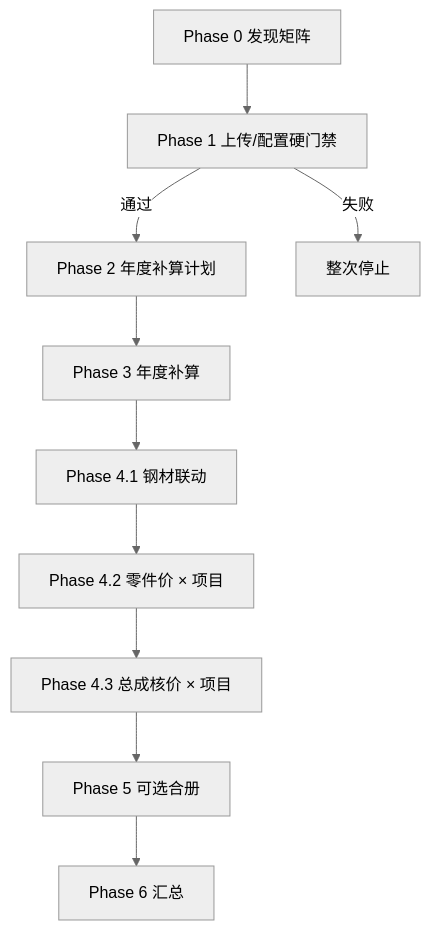
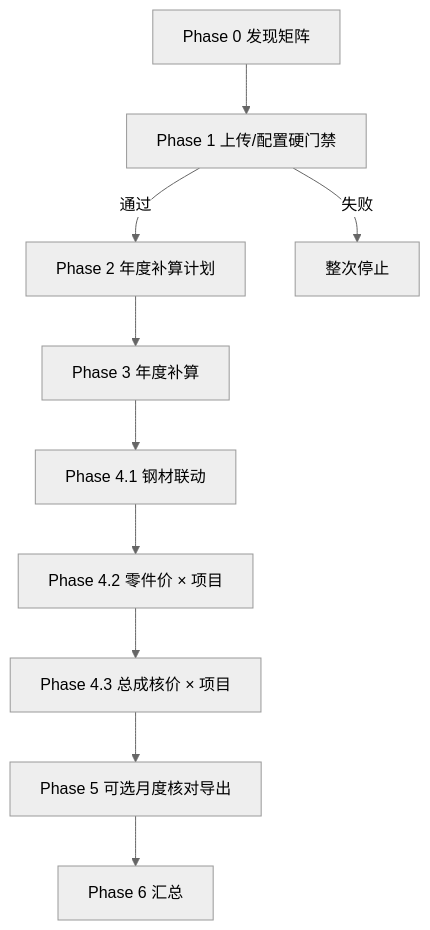
One commit to pulinzhang/structure-costing-platform changed the diagram in docs/costing/costing-engine-design.md. Above: the diagram before and after it, drawn with Mermaid (neutral theme). The commit also changed other lines of this file and 193 other files, not shown here.

````diff
--- a/docs/costing/costing-engine-design.md
+++ b/docs/costing/costing-engine-design.md
@@ -233,16 +235,16 @@
 ```mermaid
 flowchart TB
     P0[Phase 0 发现矩阵]
     P1[Phase 1 上传/配置硬门禁]
     P2[Phase 2 年度补算计划]
     P3[Phase 3 年度补算]
     P4a[Phase 4.1 钢材联动]
     P4b[Phase 4.2 零件价 × 项目]
     P4c[Phase 4.3 总成核价 × 项目]
-    P5[Phase 5 可选合册]
+    P5[Phase 5 可选月度核对导出]
     P6[Phase 6 汇总]
 
     P0 --> P1
     P1 -->|失败| STOP[整次停止]
     P1 -->|通过| P2 --> P3 --> P4a --> P4b --> P4c --> P5 --> P6
 ```
````
